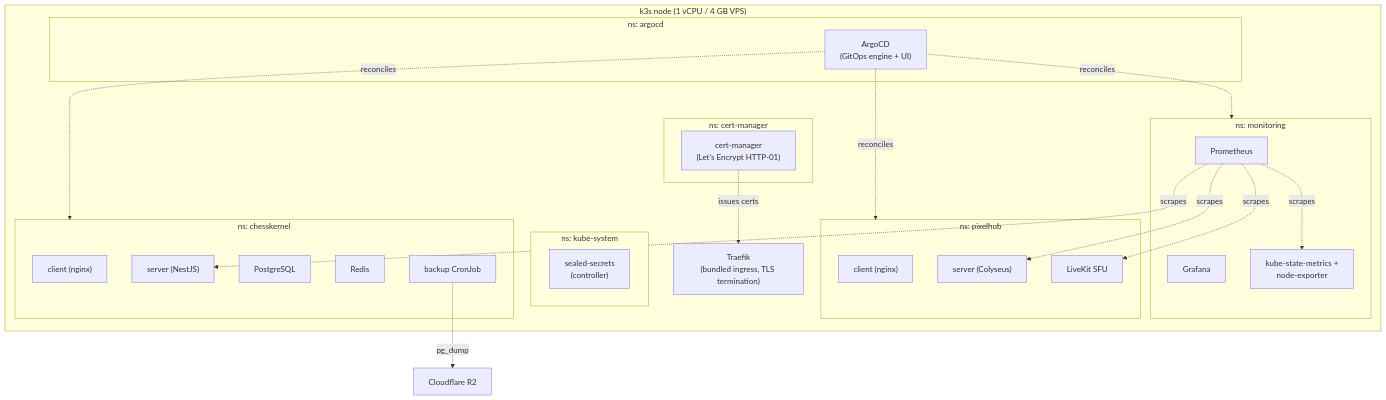
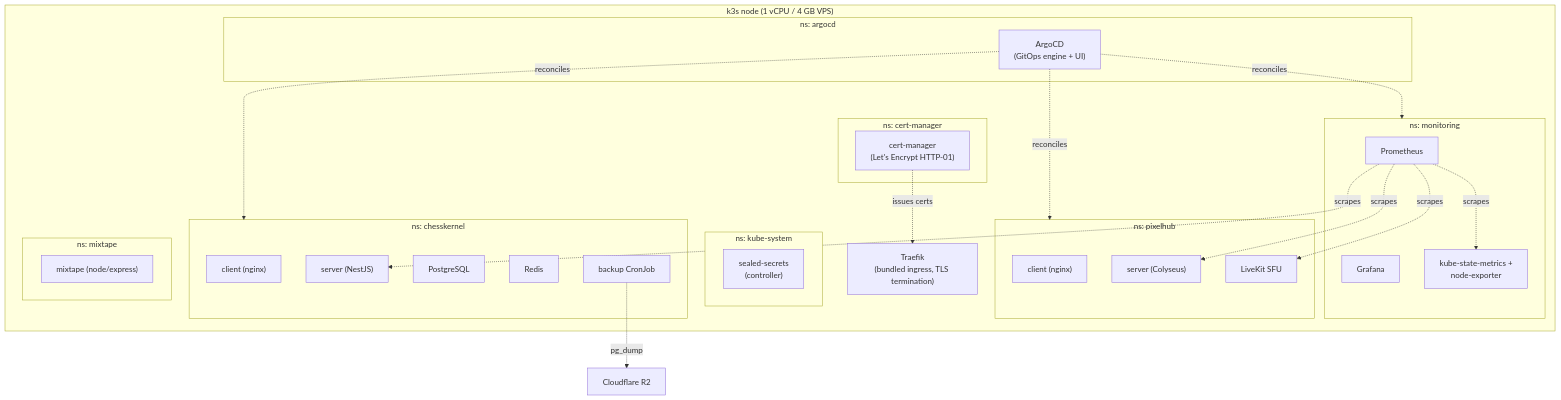
One commit to mateuseap/homelab changed the first of 5 diagrams in docs/architecture/overview.md. Above: the diagram before and after it, drawn with Mermaid. The commit also changed other lines of this file and 1 other file, not shown here.

Commit message:
docs: add mixtape to the architecture and networking docs

````diff
--- a/docs/architecture/overview.md
+++ b/docs/architecture/overview.md
@@ -9,43 +9,46 @@
 ```mermaid
 graph TB
     subgraph Node["k3s node (1 vCPU / 4 GB VPS)"]
         Traefik["Traefik<br/>(bundled ingress, TLS termination)"]
 
         subgraph argocd["ns: argocd"]
             ArgoCD["ArgoCD<br/>(GitOps engine + UI)"]
         end
         subgraph cm["ns: cert-manager"]
             CertMgr["cert-manager<br/>(Let's Encrypt HTTP-01)"]
         end
         subgraph ks["ns: kube-system"]
             Sealed["sealed-secrets<br/>(controller)"]
         end
         subgraph mon["ns: monitoring"]
             Prom["Prometheus"]
             Graf["Grafana"]
             KSM["kube-state-metrics +<br/>node-exporter"]
         end
         subgraph chess["ns: chesskernel"]
             CClient["client (nginx)"]
             CServer["server (NestJS)"]
             CPG["PostgreSQL"]
             CRedis["Redis"]
             CBackup["backup CronJob"]
         end
         subgraph pixel["ns: pixelhub"]
             PClient["client (nginx)"]
             PServer["server (Colyseus)"]
             LiveKit["LiveKit SFU"]
         end
+        subgraph mix["ns: mixtape"]
+            MixApp["mixtape (node/express)"]
+        end
     end
 
     ArgoCD -. reconciles .-> chess
     ArgoCD -. reconciles .-> pixel
     ArgoCD -. reconciles .-> mon
     CertMgr -. issues certs .-> Traefik
     Prom -. scrapes .-> CServer
     Prom -. scrapes .-> PServer
     Prom -. scrapes .-> LiveKit
     Prom -. scrapes .-> KSM
     CBackup -. pg_dump .-> R2["Cloudflare R2"]
 ```
````
